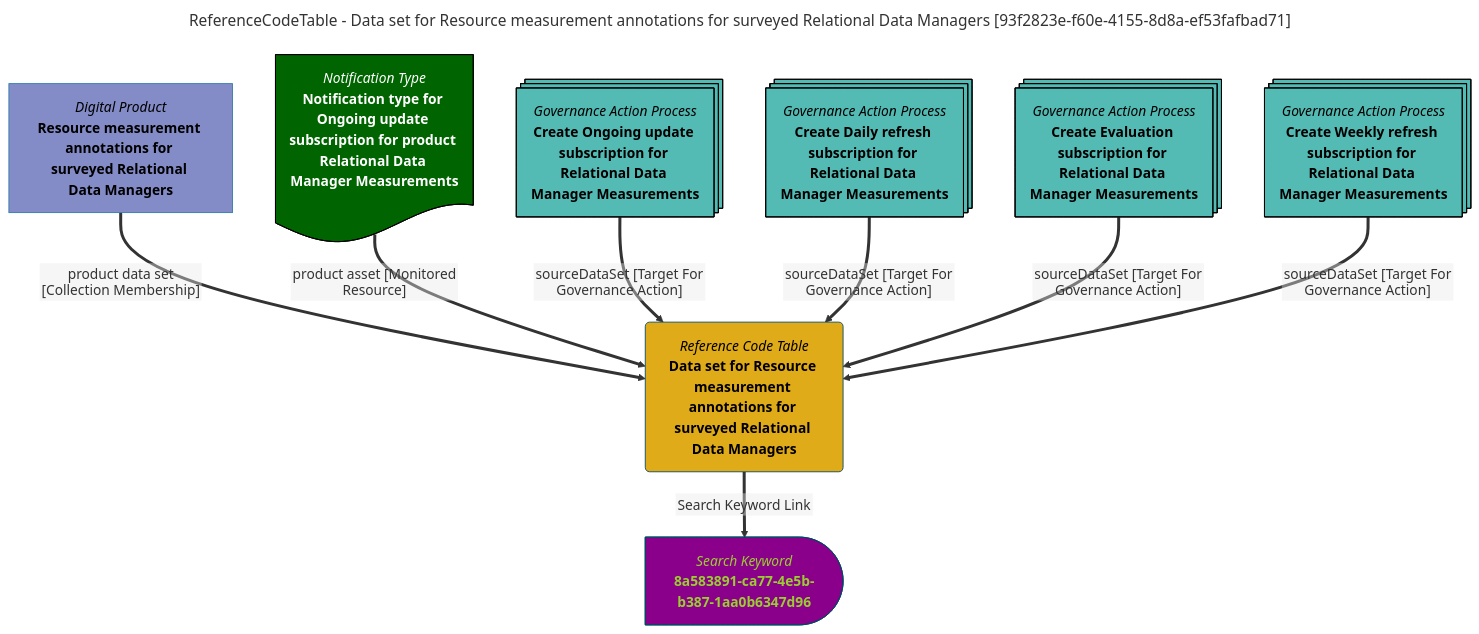
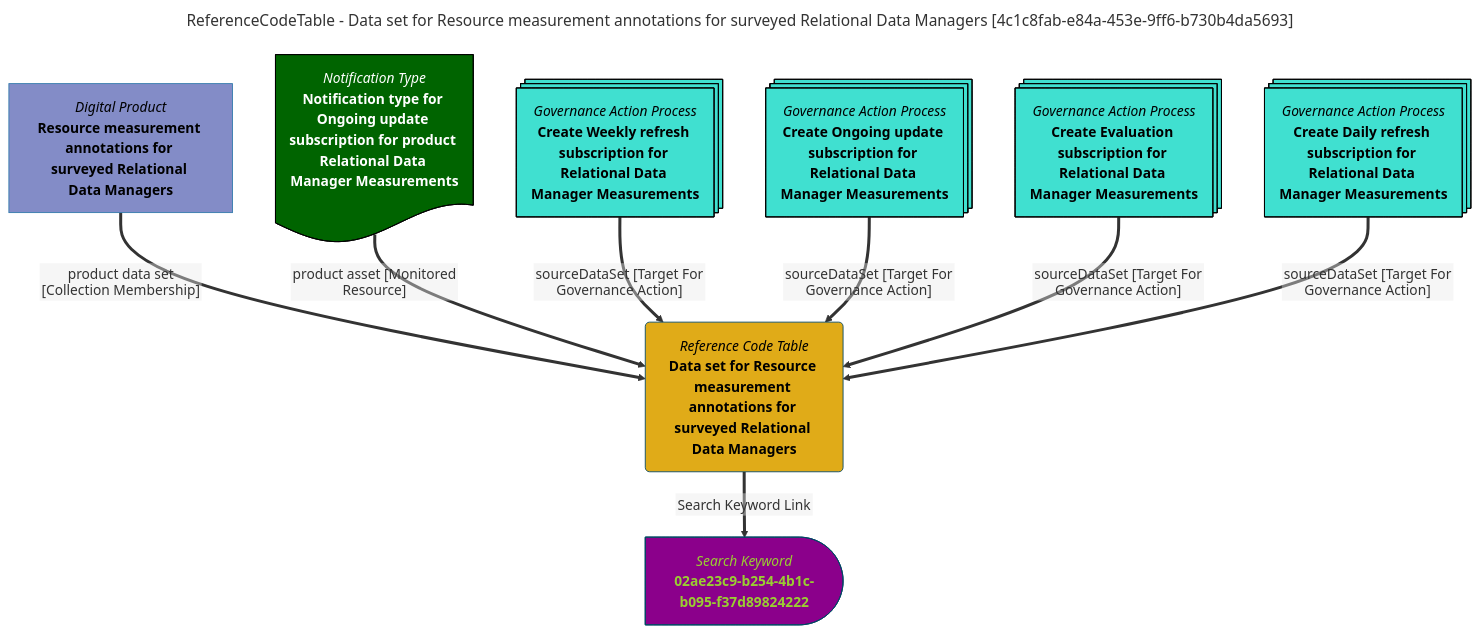
One commit to odpi/egeria-docs changed the diagram in site/snippets/data-assets/data-set-for-resource-measurement-annotations-for-surveyed-relational-data-managers-mermaid-graph.md. Above: the diagram before and after it, drawn with Mermaid. The commit also changed 2201 other files, not shown here.

````diff
--- a/site/snippets/data-assets/data-set-for-resource-measurement-annotations-for-surveyed-relational-data-managers-mermaid-graph.md
+++ b/site/snippets/data-assets/data-set-for-resource-measurement-annotations-for-surveyed-relational-data-managers-mermaid-graph.md
@@ -1,39 +1,39 @@
 ```mermaid
 ---
-title: ReferenceCodeTable - Data set for Resource measurement annotations for surveyed Relational Data Managers [93f2823e-f60e-4155-8d8a-ef53fafbad71]
+title: ReferenceCodeTable - Data set for Resource measurement annotations for surveyed Relational Data Managers [4c1c8fab-e84a-453e-9ff6-b730b4da5693]
 ---
 flowchart TD
 %%{init: {"flowchart": {"htmlLabels": false}} }%%
 
 1@{ shape: rounded, label: "*Reference Code Table*
 **Data set for Resource measurement annotations for surveyed Relational Data Managers**"}
 2@{ shape: delay, label: "*Search Keyword*
-**8a583891-ca77-4e5b-b387-1aa0b6347d96**"}
+**02ae23c9-b254-4b1c-b095-f37d89824222**"}
 1==>|"Search Keyword Link"|2
 3@{ shape: rect, label: "*Digital Product*
 **Resource measurement annotations for surveyed Relational Data Managers**"}
 3==>|"product data set [Collection Membership]"|1
 4@{ shape: doc, label: "*Notification Type*
 **Notification type for Ongoing update subscription for product Relational Data Manager Measurements**"}
 4==>|"product asset [Monitored Resource]"|1
 5@{ shape: processes, label: "*Governance Action Process*
-**Create Ongoing update subscription for Relational Data Manager Measurements**"}
+**Create Weekly refresh subscription for Relational Data Manager Measurements**"}
 5==>|"sourceDataSet [Target For Governance Action]"|1
 6@{ shape: processes, label: "*Governance Action Process*
-**Create Daily refresh subscription for Relational Data Manager Measurements**"}
+**Create Ongoing update subscription for Relational Data Manager Measurements**"}
 6==>|"sourceDataSet [Target For Governance Action]"|1
 7@{ shape: processes, label: "*Governance Action Process*
 **Create Evaluation subscription for Relational Data Manager Measurements**"}
 7==>|"sourceDataSet [Target For Governance Action]"|1
 8@{ shape: processes, label: "*Governance Action Process*
-**Create Weekly refresh subscription for Relational Data Manager Measurements**"}
+**Create Daily refresh subscription for Relational Data Manager Measurements**"}
 8==>|"sourceDataSet [Target For Governance Action]"|1
 style 1 color:#000000, fill:#e0ab18, stroke:#004563
-style 2 color:#9acd32, fill:#8b008b, stroke:#004563
+style 2 color:#9ACD32, fill:#8B008B, stroke:#004563
 style 3 color:#000000, fill:#838cc7, stroke:#3079ab
 style 4 color:#FFFFFF, fill:#006400, stroke:#000000
-style 5 color:#000000, fill:#53bbb4, stroke:#000000
-style 6 color:#000000, fill:#53bbb4, stroke:#000000
-style 7 color:#000000, fill:#53bbb4, stroke:#000000
-style 8 color:#000000, fill:#53bbb4, stroke:#000000
+style 5 color:#000000, fill:#40E0D0, stroke:#000000
+style 6 color:#000000, fill:#40E0D0, stroke:#000000
+style 7 color:#000000, fill:#40E0D0, stroke:#000000
+style 8 color:#000000, fill:#40E0D0, stroke:#000000
 ```
````
